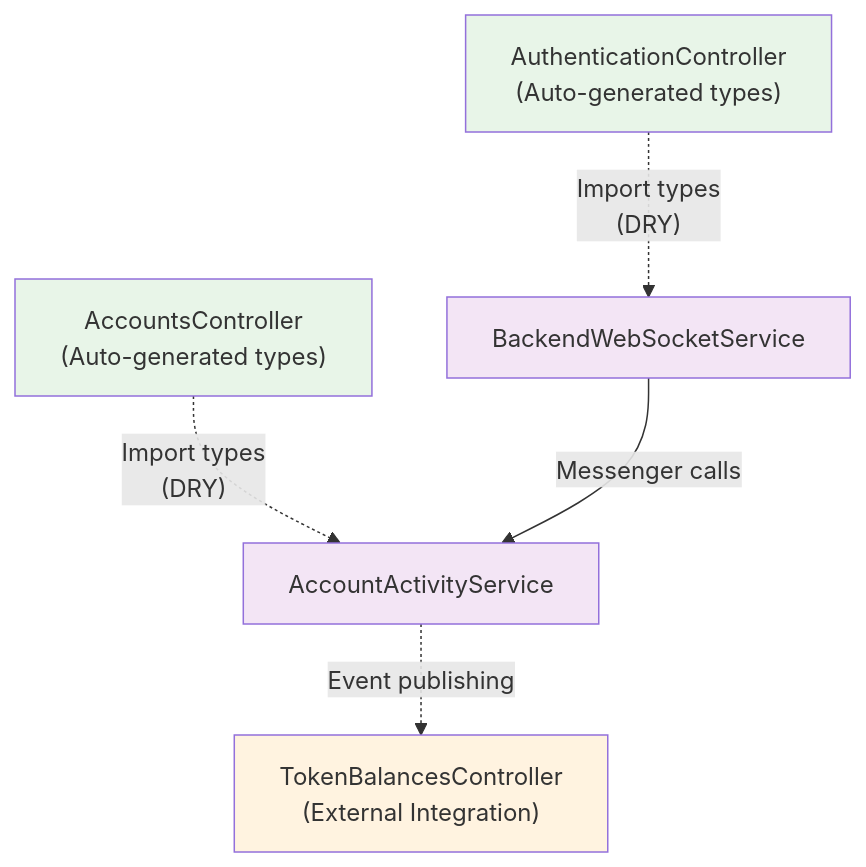
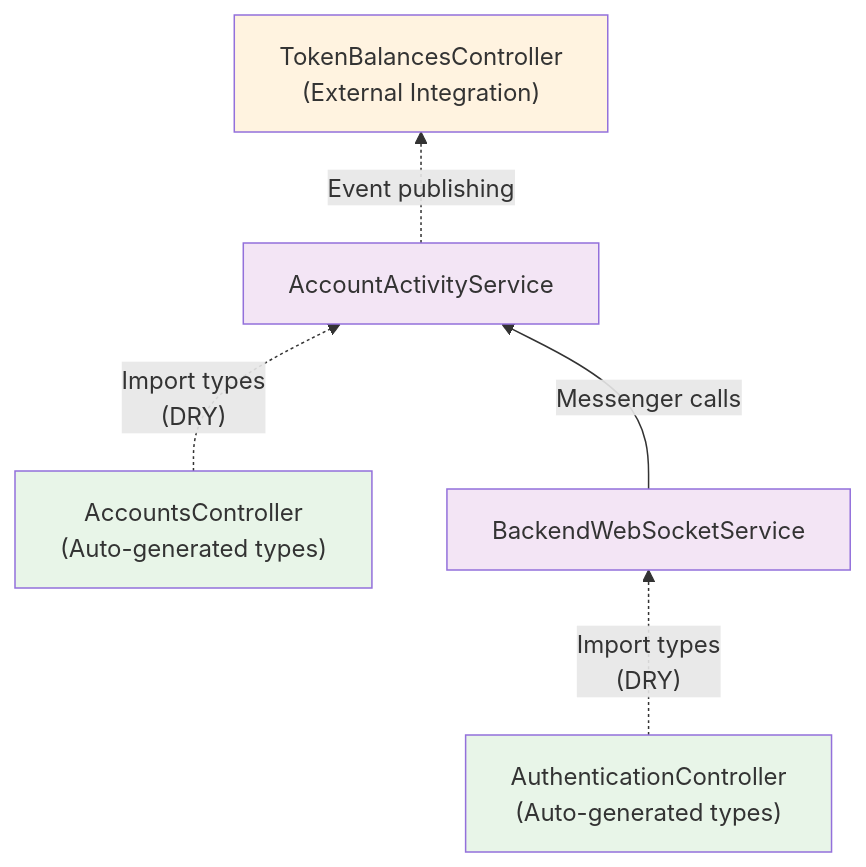
Before and after one commit to MetaMask/core: the second of 3 diagrams in packages/core-backend/README.md, drawn with Mermaid. The commit also changed other lines of this file and 4 other files, not shown here.

````diff
--- a/packages/core-backend/README.md
+++ b/packages/core-backend/README.md
@@ -167,26 +184,26 @@
 ```mermaid
-graph TD
+graph BT
     %% External Controllers
     AC["AccountsController<br/>(Auto-generated types)"]
     AuthC["AuthenticationController<br/>(Auto-generated types)"]
     TBC["TokenBalancesController<br/>(External Integration)"]
     
     %% Core Services
     AA["AccountActivityService"]
     WS["BackendWebSocketService"]
 
     %% Dependencies & Type Imports
     AC -.->|"Import types<br/>(DRY)" | AA
     AuthC -.->|"Import types<br/>(DRY)" | WS  
     WS -->|"Messenger calls"| AA
     AA -.->|"Event publishing"| TBC
 
     %% Styling
     classDef core fill:#f3e5f5
     classDef integration fill:#fff3e0
     classDef controller fill:#e8f5e8
 
     class WS,AA core
     class TBC integration
     class AC,AuthC controller
 ```
````
